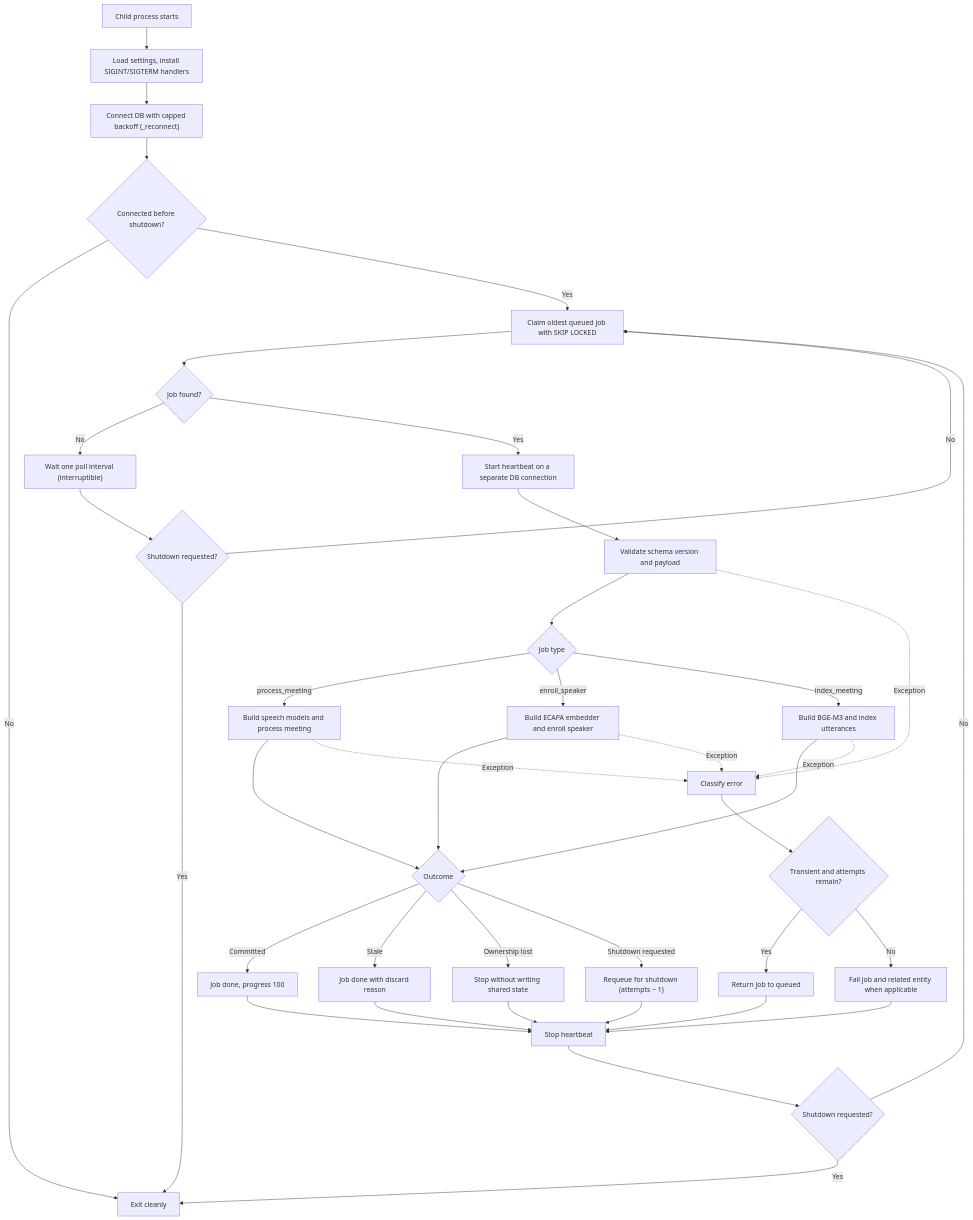
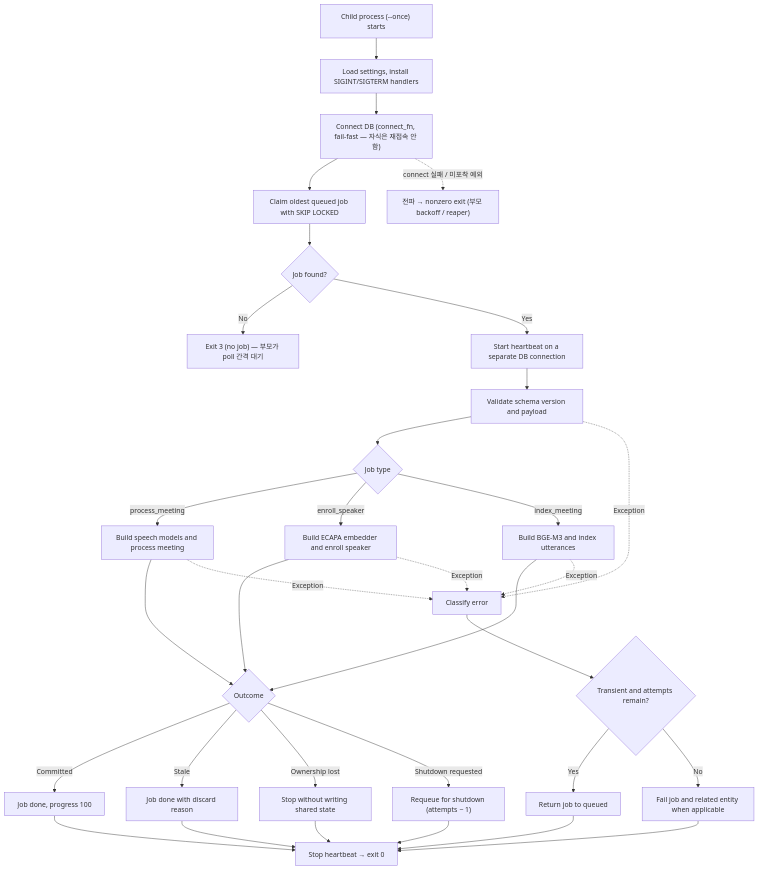
One commit to Yjason-K/Damwha changed the second of 7 diagrams in be/docs/worker-architecture.md. Above: the diagram before and after it, drawn with Mermaid. The commit also changed other lines of this file, not shown here.

Commit message:
docs: sync worker-architecture with supervisor/child model (remove stale run_loop flow)

````diff
--- a/be/docs/worker-architecture.md
+++ b/be/docs/worker-architecture.md
@@ -104,47 +104,41 @@
 ```mermaid
 flowchart TD
-    start["Child process starts"] --> load["Load settings, install SIGINT/SIGTERM handlers"]
-    load --> connect["Connect DB with capped backoff (_reconnect)"]
-    connect --> connOk{"Connected before shutdown?"}
-    connOk -->|"No"| exit["Exit cleanly"]
-    connOk -->|"Yes"| claim["Claim oldest queued job with SKIP LOCKED"]
+    start["Child process (--once) starts"] --> load["Load settings, install SIGINT/SIGTERM handlers"]
+    load --> connect["Connect DB (connect_fn, fail-fast — 자식은 재접속 안 함)"]
+    connect --> claim["Claim oldest queued job with SKIP LOCKED"]
     claim --> found{"Job found?"}
-    found -->|"No"| idle["Wait one poll interval (interruptible)"]
-    idle --> shutIdle{"Shutdown requested?"}
-    shutIdle -->|"Yes"| exit
-    shutIdle -->|"No"| claim
+    found -->|"No"| exit3["Exit 3 (no job) — 부모가 poll 간격 대기"]
     found -->|"Yes"| beat["Start heartbeat on a separate DB connection"]
     beat --> validate["Validate schema version and payload"]
     validate --> route{"Job type"}
 
     route -->|"process_meeting"| process["Build speech models and process meeting"]
     route -->|"enroll_speaker"| enroll["Build ECAPA embedder and enroll speaker"]
     route -->|"index_meeting"| index["Build BGE-M3 and index utterances"]
 
     process --> outcome{"Outcome"}
     enroll --> outcome
     index --> outcome
 
     outcome -->|"Committed"| done["Job done, progress 100"]
     outcome -->|"Stale"| discarded["Job done with discard reason"]
     outcome -->|"Ownership lost"| lost["Stop without writing shared state"]
     outcome -->|"Shutdown requested"| shutReq["Requeue for shutdown (attempts − 1)"]
 
     validate -.->|"Exception"| classify["Classify error"]
     process -.->|"Exception"| classify
     enroll -.->|"Exception"| classify
     index -.->|"Exception"| classify
     classify --> retry{"Transient and attempts remain?"}
     retry -->|"Yes"| requeue["Return job to queued"]
     retry -->|"No"| failed["Fail job and related entity when applicable"]
 
-    done --> stopBeat["Stop heartbeat"]
-    discarded --> stopBeat
-    lost --> stopBeat
-    shutReq --> stopBeat
-    requeue --> stopBeat
-    failed --> stopBeat
-    stopBeat --> shutAfter{"Shutdown requested?"}
-    shutAfter -->|"Yes"| exit
-    shutAfter -->|"No"| claim
+    done --> exit0["Stop heartbeat → exit 0"]
+    discarded --> exit0
+    lost --> exit0
+    shutReq --> exit0
+    requeue --> exit0
+    failed --> exit0
+
+    connect -.->|"connect 실패 / 미포착 예외"| crash["전파 → nonzero exit (부모 backoff / reaper)"]
 ```
````
